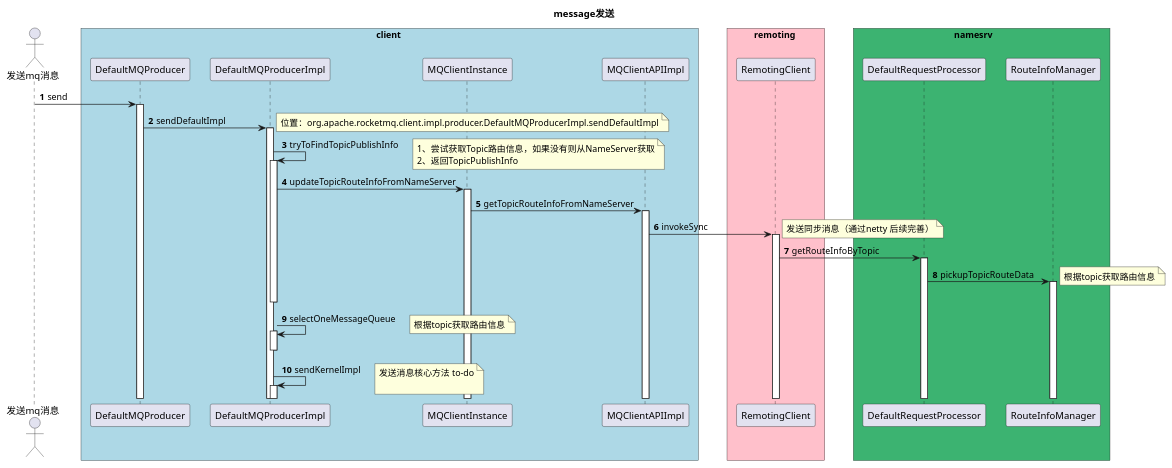
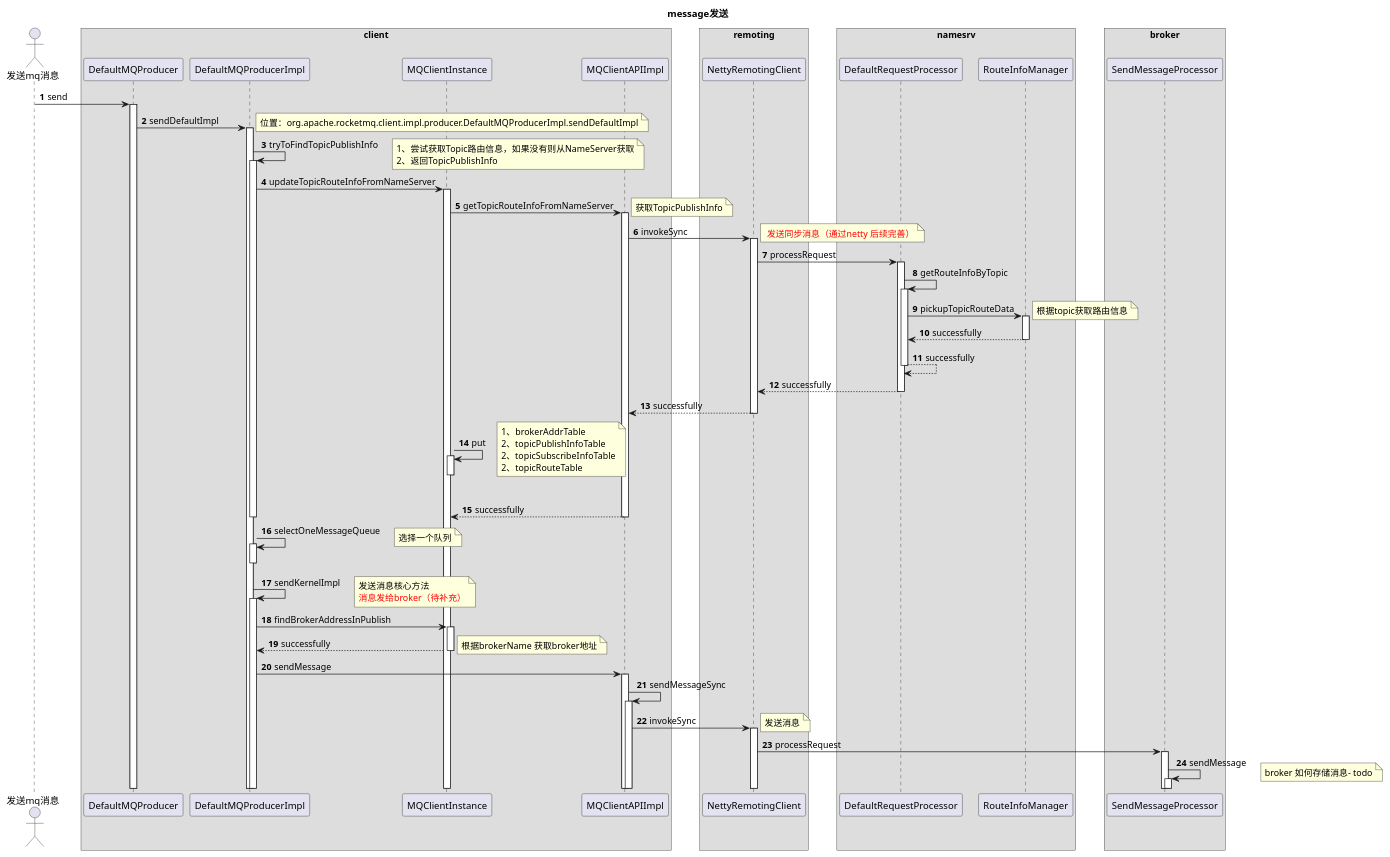
The diagram in 源码分析/message发送.puml (feifeihappy/rocketmq), drawn with PlantUML before and after one commit. The commit also changed 3 other files, not shown here.

```diff
--- a/源码分析/message发送.puml
+++ b/源码分析/message发送.puml
@@ -1,68 +1,112 @@
 @startuml
 'https://plantuml.com/sequence-diagram
 
 title message发送
 '自动对消息编号
 autonumber
 '自动激活关键字
 autoactivate on
 '设置间距
-skinparam ParticipantPadding 10
+'skinparam ParticipantPadding 5
 skinparam BoxPadding 20
 
 actor 发送mq消息
 
-box client #LightBlue
+box client
 participant DefaultMQProducer
 participant DefaultMQProducerImpl
 participant MQClientInstance
 participant MQClientAPIImpl
 end box
 
-box remoting #FFC0CB
-participant RemotingClient
+box remoting
+participant NettyRemotingClient
 end box
 
-box namesrv 	#3CB371
+box namesrv
 participant DefaultRequestProcessor
 participant RouteInfoManager
+end box
+
+
+box broker
+participant SendMessageProcessor
 end box
 
 发送mq消息 -> DefaultMQProducer : send
 DefaultMQProducer -> DefaultMQProducerImpl : sendDefaultImpl
 note right
 位置：org.apache.rocketmq.client.impl.producer.DefaultMQProducerImpl.sendDefaultImpl
 end note
 
 DefaultMQProducerImpl -> DefaultMQProducerImpl : tryToFindTopicPublishInfo
 
 note right
 1、尝试获取Topic路由信息，如果没有则从NameServer获取
 2、返回TopicPublishInfo
 end note
 DefaultMQProducerImpl -> MQClientInstance : updateTopicRouteInfoFromNameServer
 MQClientInstance -> MQClientAPIImpl : getTopicRouteInfoFromNameServer
-MQClientAPIImpl -> RemotingClient : invokeSync
 note right
-发送同步消息（通过netty 后续完善）
+获取TopicPublishInfo
 end note
-RemotingClient -> DefaultRequestProcessor : getRouteInfoByTopic
+
+MQClientAPIImpl -> NettyRemotingClient : invokeSync
+note right
+<color red> 发送同步消息（通过netty 后续完善）
+end note
+NettyRemotingClient -> DefaultRequestProcessor : processRequest
+
+DefaultRequestProcessor -> DefaultRequestProcessor : getRouteInfoByTopic
 DefaultRequestProcessor -> RouteInfoManager : pickupTopicRouteData
 note right
 根据topic获取路由信息
 end note
+return successfully
+return successfully
+return successfully
+return successfully
 
 '截止
+
+
+MQClientInstance -> MQClientInstance : put
+note right
+1、brokerAddrTable
+2、topicPublishInfoTable
+2、topicSubscribeInfoTable
+2、topicRouteTable
+end note
+
+deactivate MQClientInstance
+return successfully
 deactivate DefaultMQProducerImpl
 DefaultMQProducerImpl -> DefaultMQProducerImpl : selectOneMessageQueue
 note right
-根据topic获取路由信息
+选择一个队列
 end note
 deactivate DefaultMQProducerImpl
 DefaultMQProducerImpl -> DefaultMQProducerImpl : sendKernelImpl
 note right
-发送消息核心方法 to-do
-
+发送消息核心方法
+<color:red>消息发给broker（待补充）
+end note
+DefaultMQProducerImpl -> MQClientInstance : findBrokerAddressInPublish
+return successfully
+note right
+根据brokerName 获取broker地址
 end note
 
+DefaultMQProducerImpl -> MQClientAPIImpl : sendMessage
+MQClientAPIImpl -> MQClientAPIImpl : sendMessageSync
+MQClientAPIImpl -> NettyRemotingClient : invokeSync
+note right
+发送消息
+end note
+NettyRemotingClient -> SendMessageProcessor : processRequest
+SendMessageProcessor -> SendMessageProcessor : sendMessage
+
+note right
+broker 如何存储消息- todo
+end note
 @enduml
```
